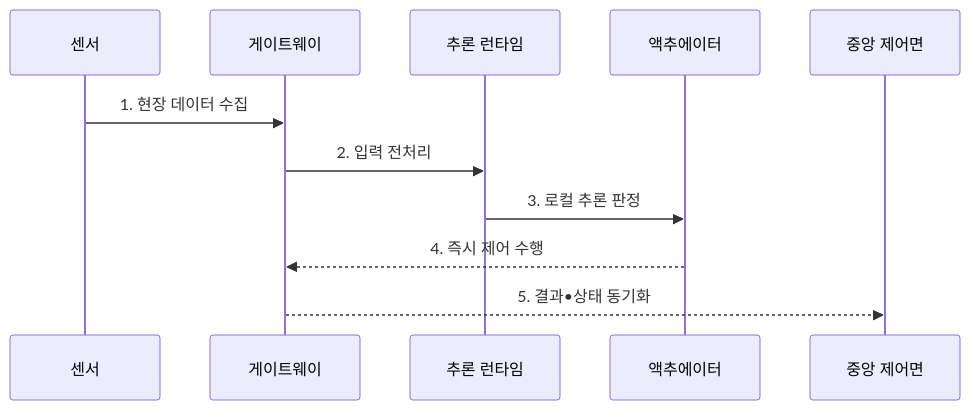
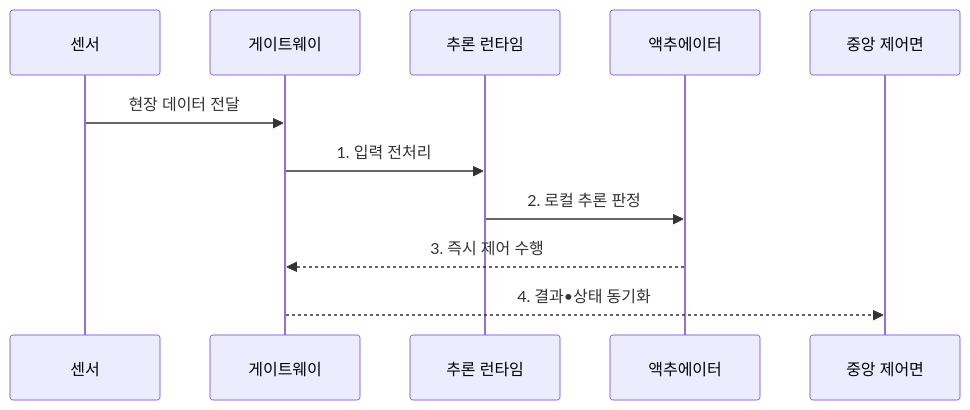
Before and after one commit to agnusdei1207/knowledge-base: the second of 2 diagrams in src/content/docs/notes/08-latest-tech/051_edge_ai.md, drawn with Mermaid. The commit also changed other lines of this file and 15 other files, not shown here.

````diff
--- a/src/content/docs/notes/08-latest-tech/051_edge_ai.md
+++ b/src/content/docs/notes/08-latest-tech/051_edge_ai.md
@@ -108,13 +108,13 @@
 ```mermaid
 sequenceDiagram
     participant S as 센서
     participant G as 게이트웨이
     participant R as 추론 런타임
     participant A as 액추에이터
     participant C as 중앙 제어면
-    S->>G: 1. 현장 데이터 수집
-    G->>R: 2. 입력 전처리
-    R->>A: 3. 로컬 추론 판정
-    A-->>G: 4. 즉시 제어 수행
-    G-->>C: 5. 결과•상태 동기화
+    S->>G: 현장 데이터 전달
+    G->>R: 1. 입력 전처리
+    R->>A: 2. 로컬 추론 판정
+    A-->>G: 3. 즉시 제어 수행
+    G-->>C: 4. 결과•상태 동기화
 ```
````
